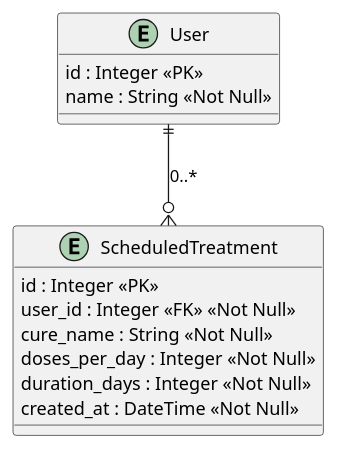
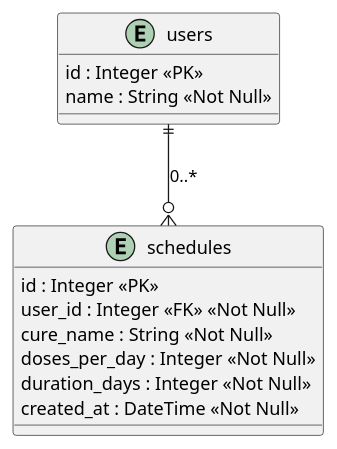
The diagram in diagrams/ERD.wsd (infinity-ocean/ikakbolit), drawn with PlantUML before and after one commit.

Commit message:
ERD correction

```diff
--- a/diagrams/ERD.wsd
+++ b/diagrams/ERD.wsd
@@ -1,21 +1,23 @@
 @startuml ikakbolit
 
 ' В процессе разработки использовал расширение PlantUML для VS Code
 
-entity "User" as users {
+entity users {
     id : Integer <<PK>>
     name : String <<Not Null>>
 }
 
-entity "ScheduledTreatment" as scheduled {
+entity schedules {
     id : Integer <<PK>>
     user_id : Integer <<FK>> <<Not Null>>
     cure_name : String <<Not Null>>
     doses_per_day : Integer <<Not Null>>
     duration_days : Integer <<Not Null>>
     created_at : DateTime <<Not Null>>
 }
 
-users ||--o{ scheduled : "0..*"
+' || - значит 1 юзер должен существовать
+' o{ - значит расписаний у одного юзера может быть от 0 до *
+users ||--o{ schedules : "0..*"
 
 @enduml
```
